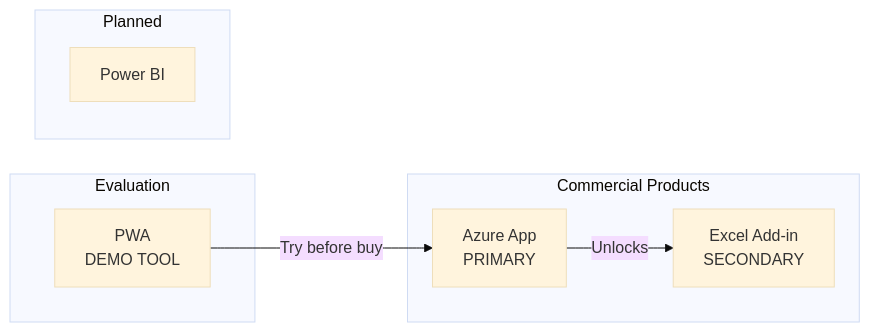
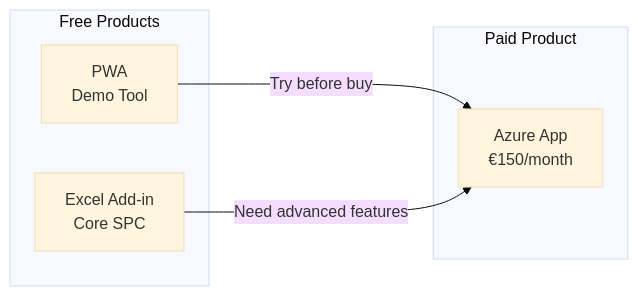
Before and after one commit to jukka-matti/mean-beoynd-lite: the diagram in docs/08-products/index.md, drawn with Mermaid (base theme). The commit also changed other lines of this file and 12 other files, not shown here.

````diff
--- a/docs/08-products/index.md
+++ b/docs/08-products/index.md
@@ -11,18 +11,14 @@
 ```mermaid
 flowchart LR
-    subgraph Commercial["Commercial Products"]
-        A[Azure App<br/>PRIMARY]
-        B[Excel Add-in<br/>SECONDARY]
+    subgraph Paid["Paid Product"]
+        A[Azure App<br/>€150/month]
     end
 
-    subgraph Demo["Evaluation"]
-        C[PWA<br/>DEMO TOOL]
-    end
-
-    subgraph Future["Planned"]
-        D[Power BI]
+    subgraph Free["Free Products"]
+        B[Excel Add-in<br/>Core SPC]
+        C[PWA<br/>Demo Tool]
     end
 
     C -->|"Try before buy"| A
-    A -->|"Unlocks"| B
+    B -->|"Need advanced features"| A
 ```
````
